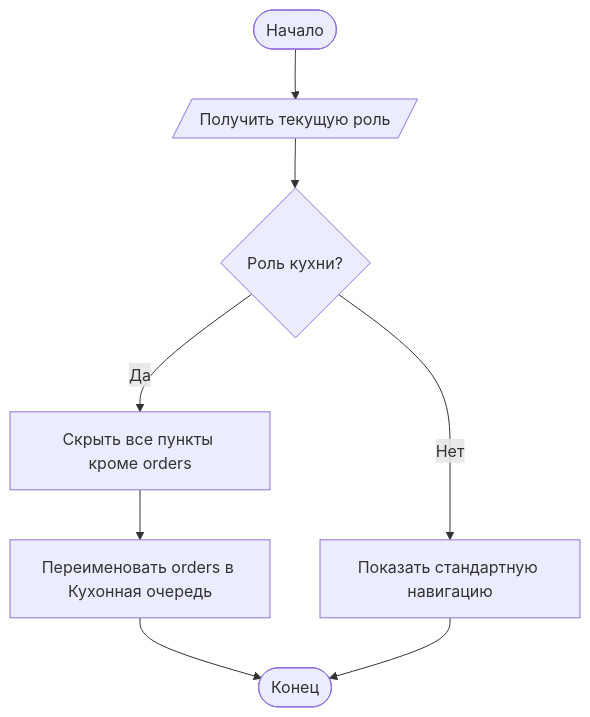
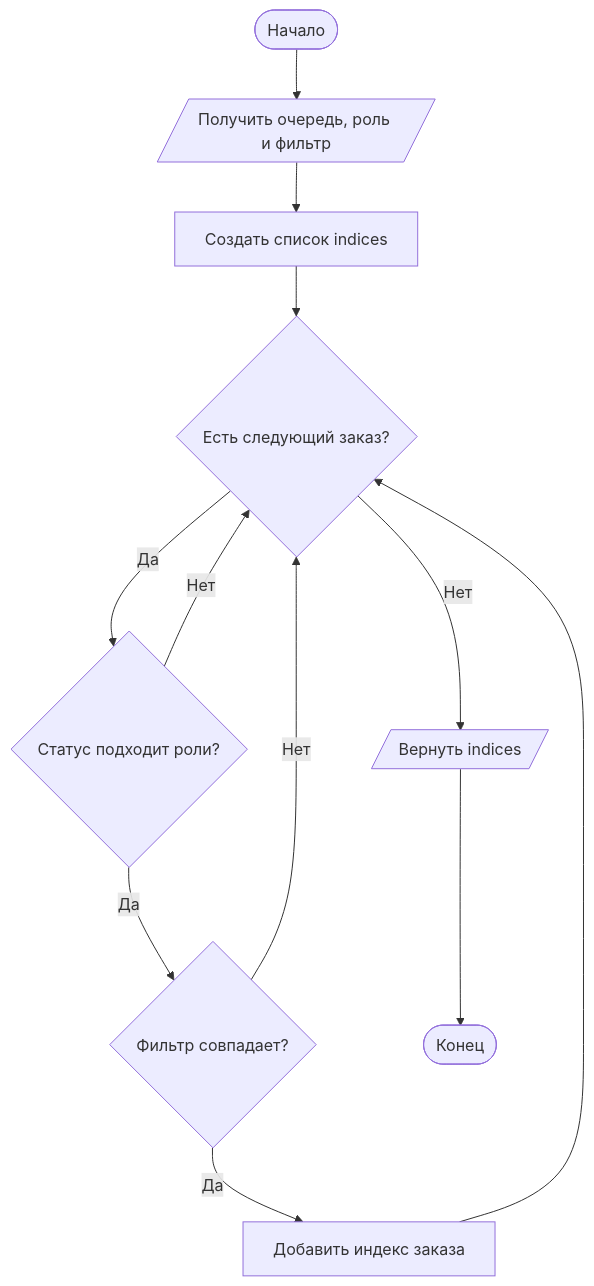
One commit to jakepz12/GastroSoft-course-work- changed the second of 6 diagrams in docs/kitchen_functions.md. Above: the diagram before and after it, drawn with Mermaid. The commit also changed other lines of this file and 2 other files, not shown here.

````diff
--- a/docs/kitchen_functions.md
+++ b/docs/kitchen_functions.md
@@ -68,10 +88,14 @@
 ```mermaid
 flowchart TD
-    A([Начало]) --> B[/Получить текущую роль/]
-    B --> C{Роль кухни?}
-    C -- Да --> D[Скрыть все пункты кроме orders]
-    D --> E[Переименовать orders в Кухонная очередь]
-    C -- Нет --> F[Показать стандартную навигацию]
-    E --> G([Конец])
-    F --> G
+    A([Начало]) --> B[/Получить очередь, роль и фильтр/]
+    B --> C[Создать список indices]
+    C --> D{Есть следующий заказ?}
+    D -- Нет --> E[/Вернуть indices/]
+    D -- Да --> F{Статус подходит роли?}
+    F -- Нет --> D
+    F -- Да --> G{Фильтр совпадает?}
+    G -- Нет --> D
+    G -- Да --> H[Добавить индекс заказа]
+    H --> D
+    E --> I([Конец])
 ```
````
